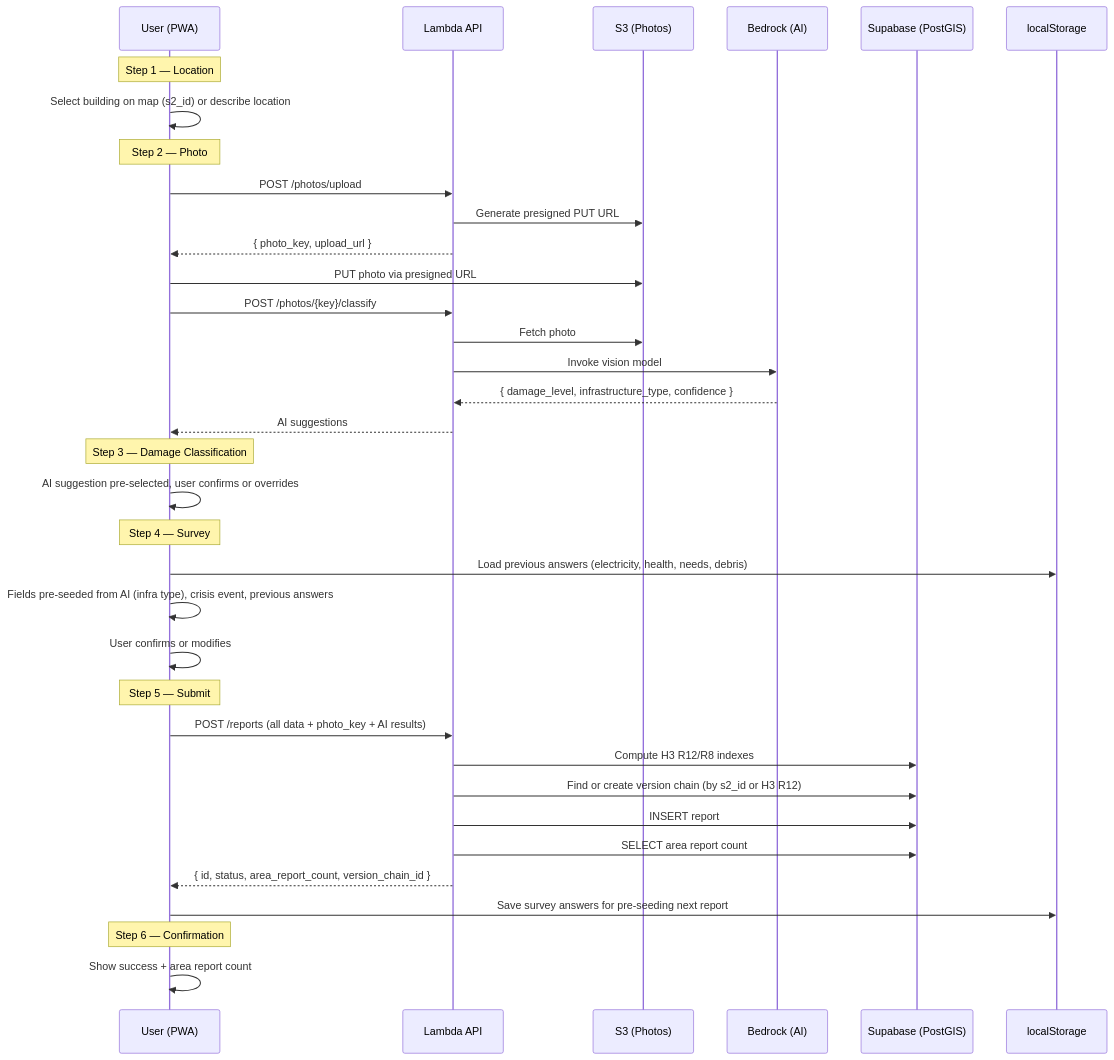
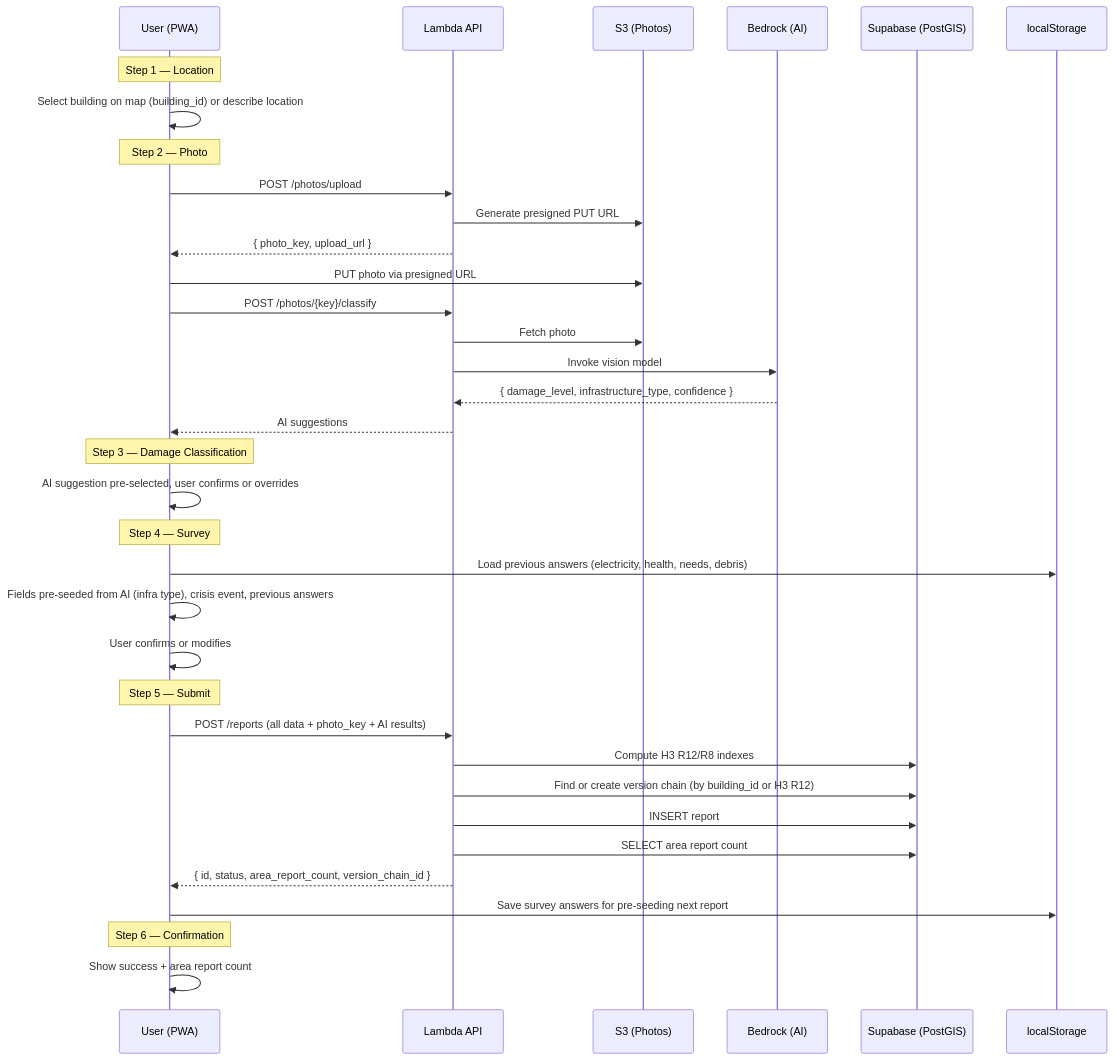
The diagram in docs/report-submission-flow.md (foad/terra), drawn with Mermaid before and after one commit. The commit also changed 12 other files, not shown here.

````diff
--- a/docs/report-submission-flow.md
+++ b/docs/report-submission-flow.md
@@ -3,43 +3,43 @@
 ```mermaid
 sequenceDiagram
     participant U as User (PWA)
     participant API as Lambda API
     participant S3 as S3 (Photos)
     participant AI as Bedrock (AI)
     participant DB as Supabase (PostGIS)
     participant LS as localStorage
 
     Note over U: Step 1 — Location
-    U->>U: Select building on map (s2_id) or describe location
+    U->>U: Select building on map (building_id) or describe location
 
     Note over U: Step 2 — Photo
     U->>API: POST /photos/upload
     API->>S3: Generate presigned PUT URL
     API-->>U: { photo_key, upload_url }
     U->>S3: PUT photo via presigned URL
     U->>API: POST /photos/{key}/classify
     API->>S3: Fetch photo
     API->>AI: Invoke vision model
     AI-->>API: { damage_level, infrastructure_type, confidence }
     API-->>U: AI suggestions
 
     Note over U: Step 3 — Damage Classification
     U->>U: AI suggestion pre-selected, user confirms or overrides
 
     Note over U: Step 4 — Survey
     U->>LS: Load previous answers (electricity, health, needs, debris)
     U->>U: Fields pre-seeded from AI (infra type), crisis event, previous answers
     U->>U: User confirms or modifies
 
     Note over U: Step 5 — Submit
     U->>API: POST /reports (all data + photo_key + AI results)
     API->>DB: Compute H3 R12/R8 indexes
-    API->>DB: Find or create version chain (by s2_id or H3 R12)
+    API->>DB: Find or create version chain (by building_id or H3 R12)
     API->>DB: INSERT report
     API->>DB: SELECT area report count
     API-->>U: { id, status, area_report_count, version_chain_id }
     U->>LS: Save survey answers for pre-seeding next report
 
     Note over U: Step 6 — Confirmation
     U->>U: Show success + area report count
 ```
````
